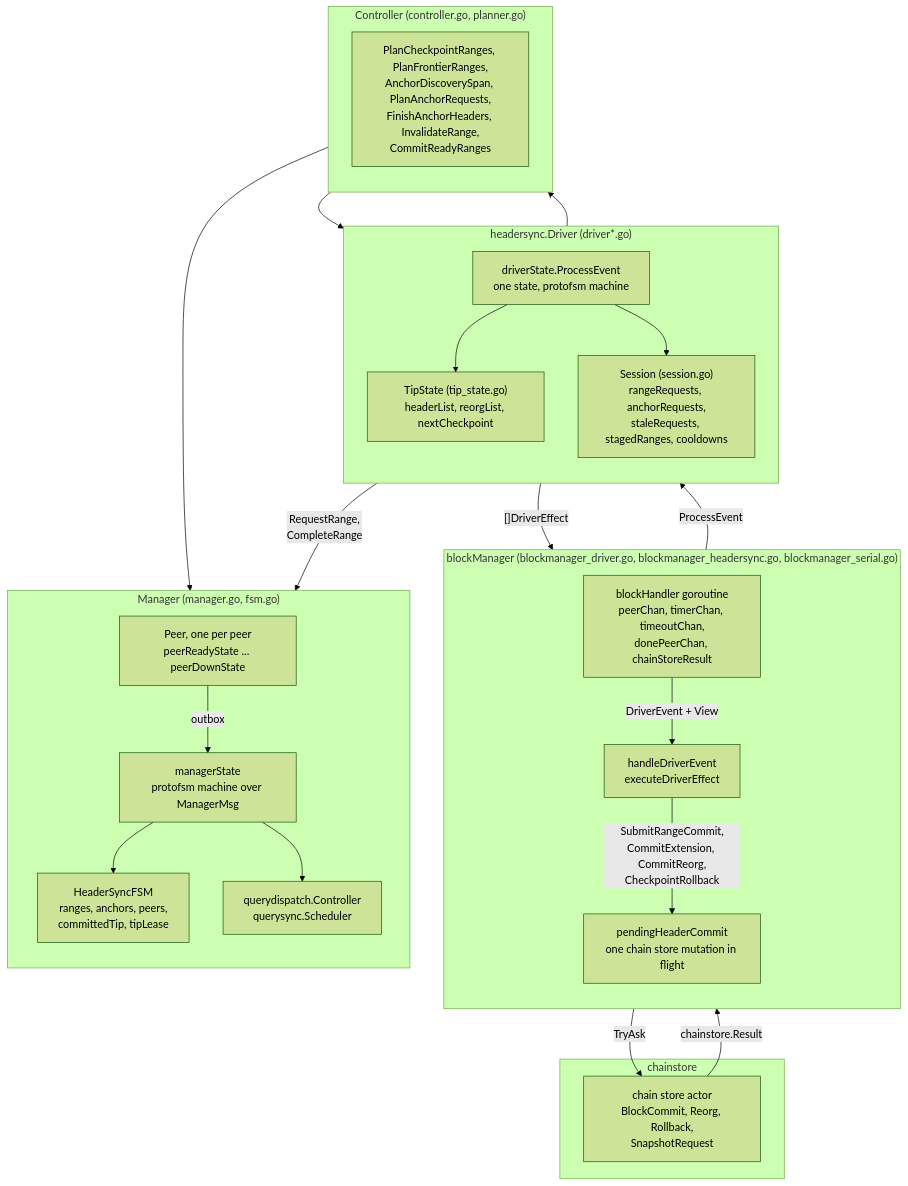
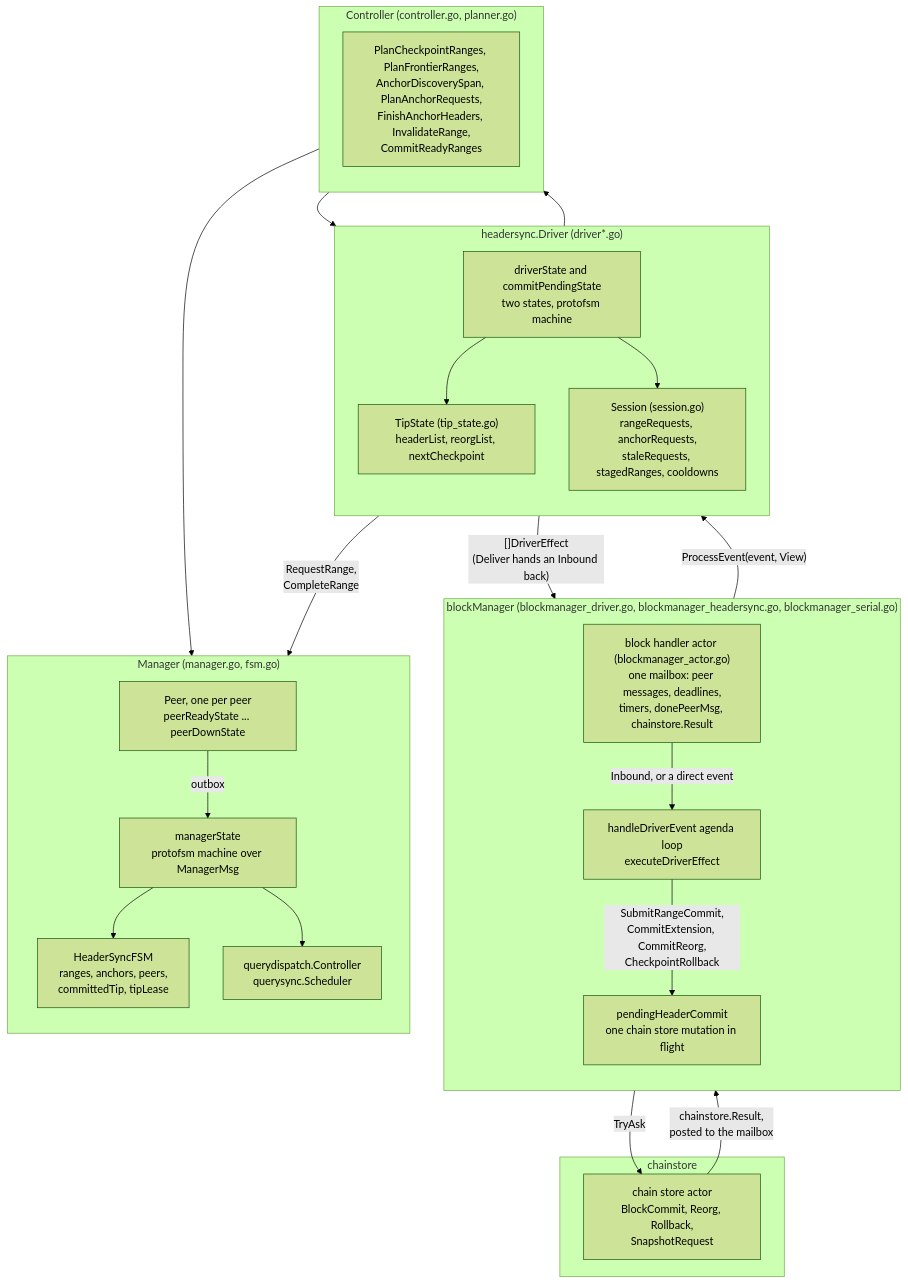
Before and after one commit to lightninglabs/neutrino: the first of 10 diagrams in docs/headersync-architecture.md, drawn with Mermaid (forest theme). The commit also changed other lines of this file and 16 other files, not shown here.

````diff
--- a/docs/headersync-architecture.md
+++ b/docs/headersync-architecture.md
@@ -32,49 +35,49 @@
 ```mermaid
 flowchart TB
     subgraph BM["blockManager (blockmanager_driver.go, blockmanager_headersync.go, blockmanager_serial.go)"]
         direction TB
-        bh["blockHandler goroutine<br/>peerChan, timerChan, timeoutChan,<br/>donePeerChan, chainStoreResult"]
-        ex["handleDriverEvent<br/>executeDriverEffect"]
+        bh["block handler actor (blockmanager_actor.go)<br/>one mailbox: peer messages, deadlines,<br/>timers, donePeerMsg, chainstore.Result"]
+        ex["handleDriverEvent agenda loop<br/>executeDriverEffect"]
         pend["pendingHeaderCommit<br/>one chain store mutation in flight"]
     end
 
     subgraph DR["headersync.Driver (driver*.go)"]
         direction TB
-        drv["driverState.ProcessEvent<br/>one state, protofsm machine"]
+        drv["driverState and commitPendingState<br/>two states, protofsm machine"]
         tip["TipState (tip_state.go)<br/>headerList, reorgList, nextCheckpoint"]
         sess["Session (session.go)<br/>rangeRequests, anchorRequests,<br/>staleRequests, stagedRanges, cooldowns"]
     end
 
     subgraph CT["Controller (controller.go, planner.go)"]
         direction TB
         ctl["PlanCheckpointRanges, PlanFrontierRanges,<br/>AnchorDiscoverySpan, PlanAnchorRequests,<br/>FinishAnchorHeaders, InvalidateRange,<br/>CommitReadyRanges"]
     end
 
     subgraph MG["Manager (manager.go, fsm.go)"]
         direction TB
         mgr["managerState<br/>protofsm machine over ManagerMsg"]
         fsm["HeaderSyncFSM<br/>ranges, anchors, peers,<br/>committedTip, tipLease"]
         peer["Peer, one per peer<br/>peerReadyState ... peerDownState"]
         qd["querydispatch.Controller<br/>querysync.Scheduler"]
     end
 
     subgraph CS["chainstore"]
         act["chain store actor<br/>BlockCommit, Reorg, Rollback,<br/>SnapshotRequest"]
     end
 
-    bh -- "DriverEvent + View" --> ex
-    ex -- "ProcessEvent" --> drv
-    drv -- "[]DriverEffect" --> ex
+    bh -- "Inbound, or a direct event" --> ex
+    ex -- "ProcessEvent(event, View)" --> drv
+    drv -- "[]DriverEffect<br/>(Deliver hands an Inbound back)" --> ex
     drv --> tip
     drv --> sess
     drv --> ctl
     ctl --> mgr
     ctl --> sess
     drv -- "RequestRange,<br/>CompleteRange" --> peer
     peer -- "outbox" --> mgr
     mgr --> fsm
     mgr --> qd
     ex -- "SubmitRangeCommit,<br/>CommitExtension, CommitReorg,<br/>CheckpointRollback" --> pend
     pend -- "TryAsk" --> act
-    act -- "chainstore.Result" --> bh
+    act -- "chainstore.Result,<br/>posted to the mailbox" --> bh
 ```
````
